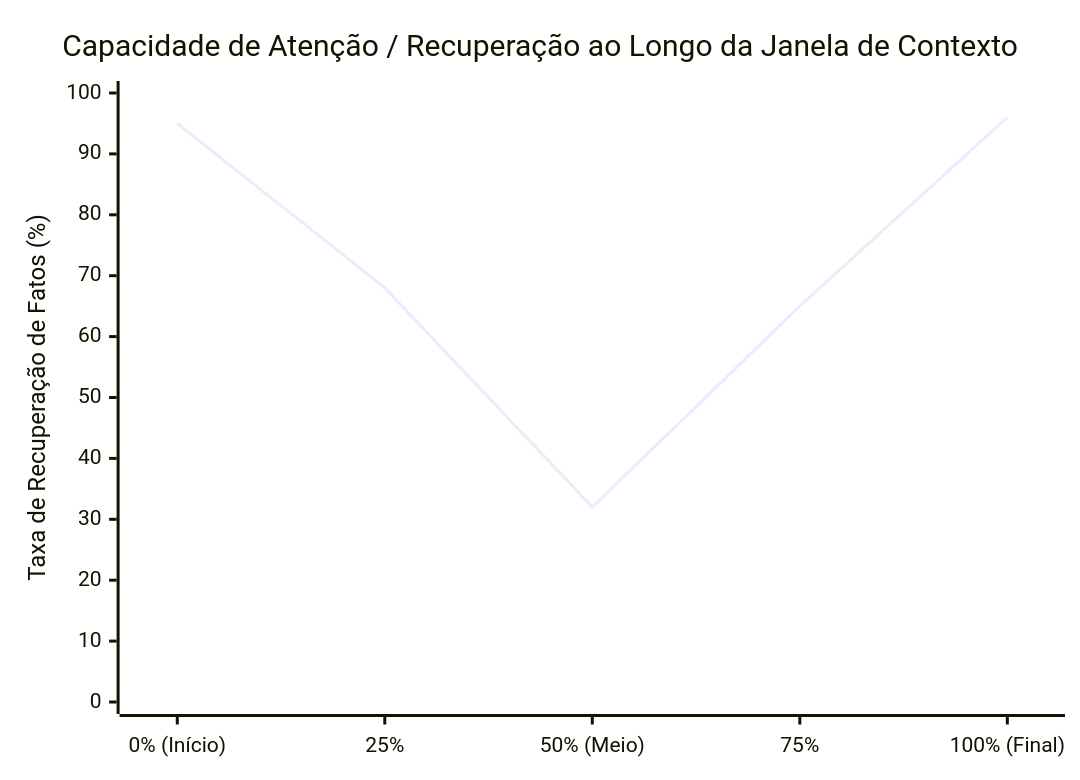
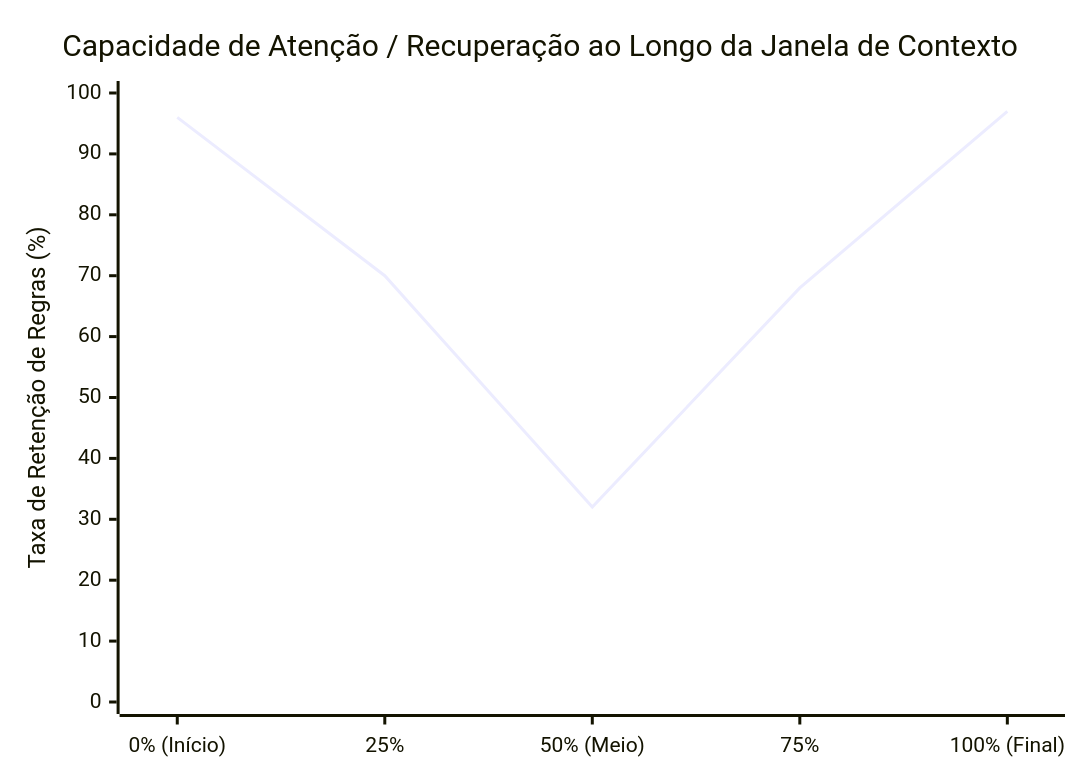
One commit to thiagosantos346/TCE-GO-2027 changed the sixth of 6 diagrams in fontes_de_estudo/conhecimentos_especificos_b02_ti/06_engenharia_software_ia_e_sistemas_agentivos/01_fundamentos_llms_intent_based_e_engenharia_de_prompts.md. Above: the diagram before and after it, drawn with Mermaid. The commit also changed other lines of this file and 119 other files, not shown here.

````diff
--- a/fontes_de_estudo/conhecimentos_especificos_b02_ti/06_engenharia_software_ia_e_sistemas_agentivos/01_fundamentos_llms_intent_based_e_engenharia_de_prompts.md
+++ b/fontes_de_estudo/conhecimentos_especificos_b02_ti/06_engenharia_software_ia_e_sistemas_agentivos/01_fundamentos_llms_intent_based_e_engenharia_de_prompts.md
@@ -210,7 +232,7 @@
 ```mermaid
 xychart-beta
     title "Capacidade de Atenção / Recuperação ao Longo da Janela de Contexto"
     x-axis ["0% (Início)", "25%", "50% (Meio)", "75%", "100% (Final)"]
-    y-axis "Taxa de Recuperação de Fatos (%)" 0 --> 100
-    line [95, 68, 32, 65, 96]
+    y-axis "Taxa de Retenção de Regras (%)" 0 --> 100
+    line [96, 70, 32, 68, 97]
 ```
````
